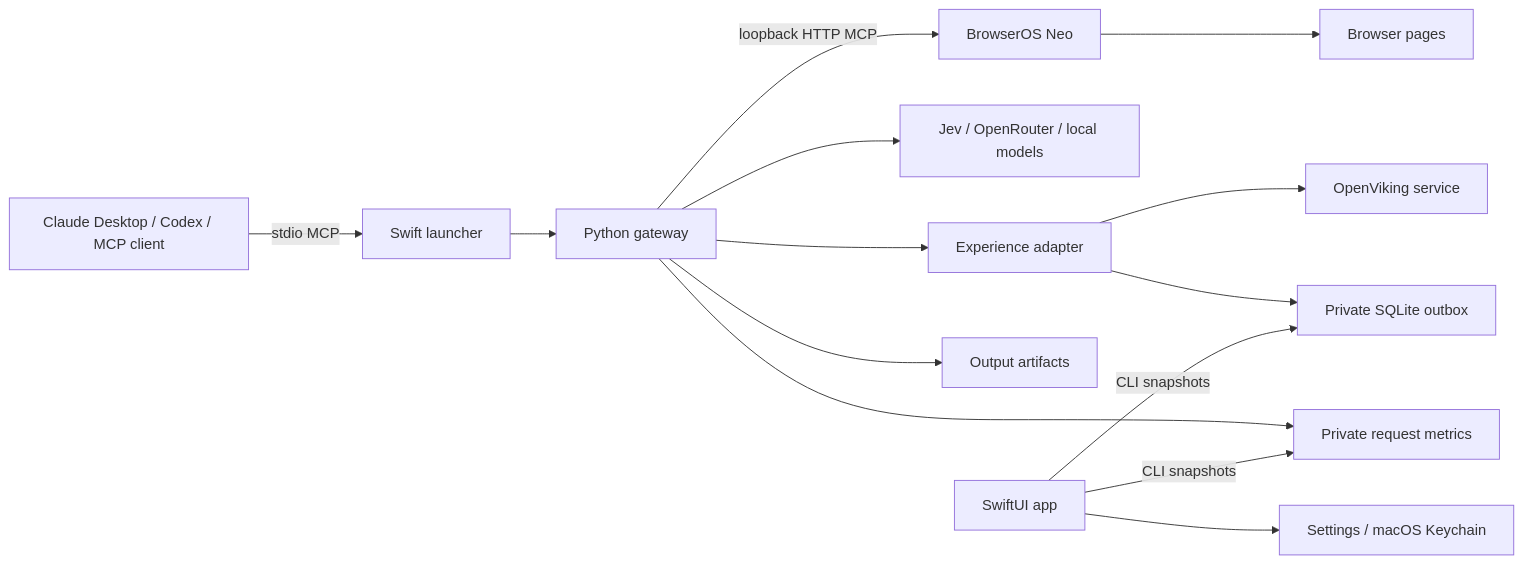
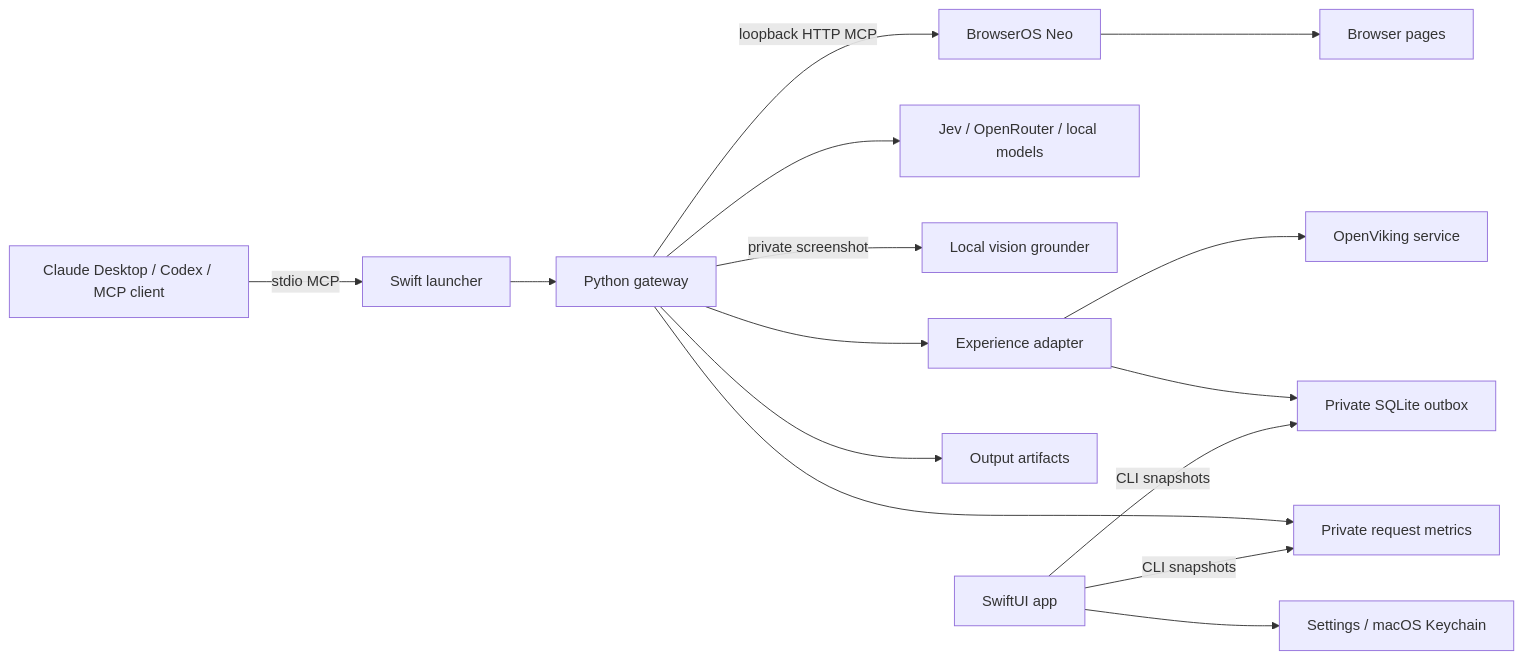
One commit to RaDeleon/BrowserHelm changed the diagram in README.md. Above: the diagram before and after it, drawn with Mermaid. The commit also changed other lines of this file and 19 other files, not shown here.

Commit message:
Add native app icon and optional local vision grounding

````diff
--- a/README.md
+++ b/README.md
@@ -34,16 +35,17 @@
 ```mermaid
 flowchart LR
     Client[Claude Desktop / Codex / MCP client] -->|stdio MCP| Launcher[Swift launcher]
     Launcher --> Engine[Python gateway]
     Engine -->|loopback HTTP MCP| Neo[BrowserOS Neo]
     Neo --> Pages[Browser pages]
     Engine --> Providers[Jev / OpenRouter / local models]
+    Engine -->|private screenshot| Vision[Local vision grounder]
     Engine --> Memory[Experience adapter]
     Memory --> Viking[OpenViking service]
     Memory --> Outbox[Private SQLite outbox]
     Engine --> Metrics[Private request metrics]
     Engine --> Artifacts[Output artifacts]
     UI[SwiftUI app] -->|CLI snapshots| Metrics
     UI -->|CLI snapshots| Outbox
     UI --> Settings[Settings / macOS Keychain]
 ```
````
